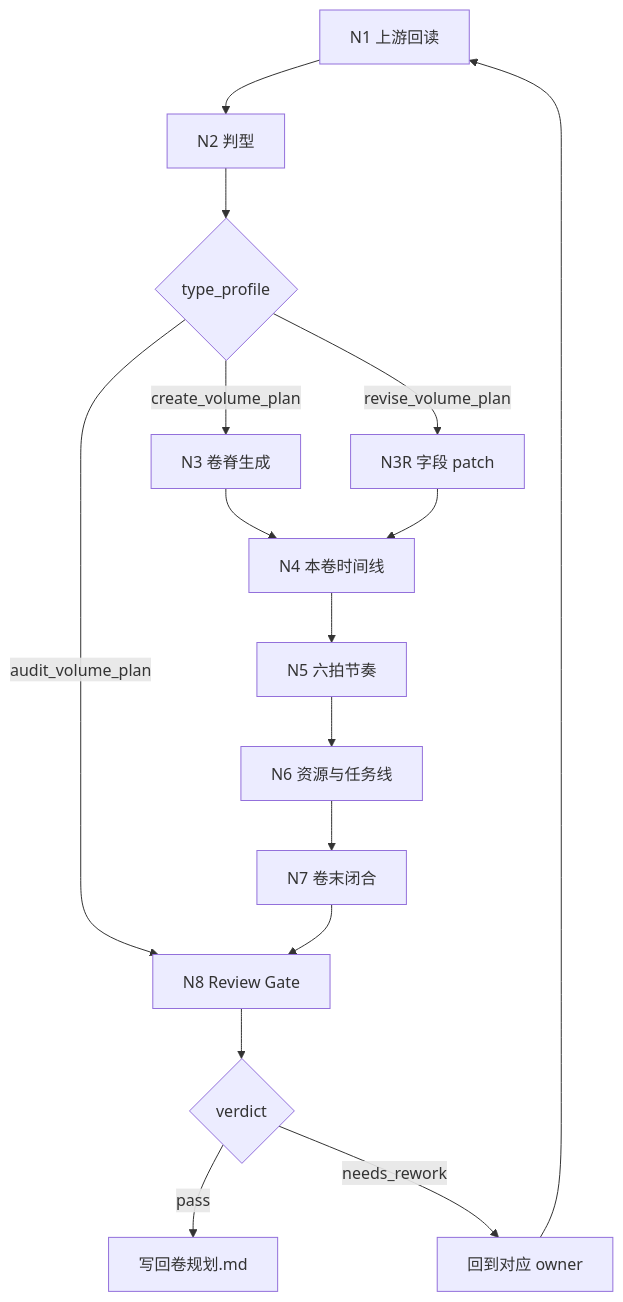
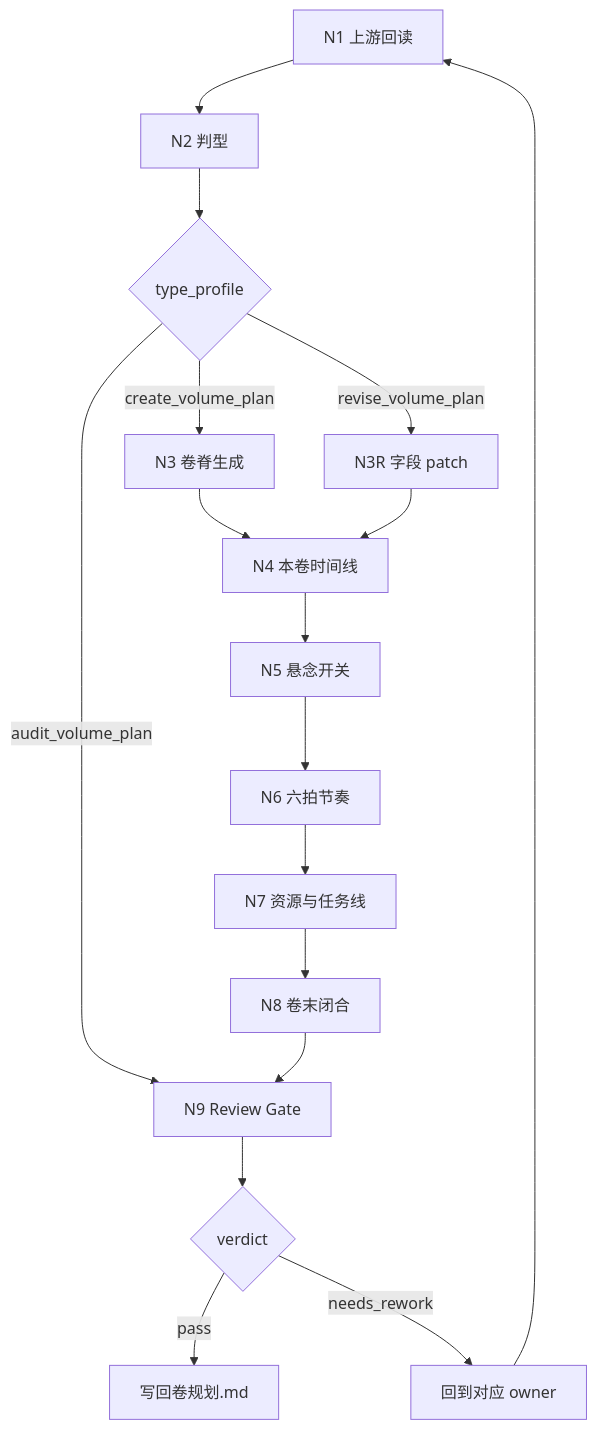
Before and after one commit to ZEN-VOID/AI-CUT: the diagram in .agents/skills/story/2-卷章/2-卷级/steps/volume-planning-workflow.md, drawn with Mermaid. The commit also changed other lines of this file and 256 other files, not shown here.

````diff
--- a/.agents/skills/story/2-卷章/2-卷级/steps/volume-planning-workflow.md
+++ b/.agents/skills/story/2-卷章/2-卷级/steps/volume-planning-workflow.md
@@ -7,18 +7,19 @@
 ```mermaid
 flowchart TD
     A["N1 上游回读"] --> B["N2 判型"]
     B --> C{"type_profile"}
     C -->|"create_volume_plan"| D["N3 卷脊生成"]
     C -->|"revise_volume_plan"| E["N3R 字段 patch"]
-    C -->|"audit_volume_plan"| F["N8 Review Gate"]
+    C -->|"audit_volume_plan"| F["N9 Review Gate"]
     D --> G["N4 本卷时间线"]
     E --> G
-    G --> H["N5 六拍节奏"]
-    H --> I["N6 资源与任务线"]
-    I --> J["N7 卷末闭合"]
+    G --> S["N5 悬念开关"]
+    S --> H["N6 六拍节奏"]
+    H --> I["N7 资源与任务线"]
+    I --> J["N8 卷末闭合"]
     J --> F
     F --> K{"verdict"}
     K -->|"pass"| L["写回卷规划.md"]
     K -->|"needs_rework"| M["回到对应 owner"]
     M --> A
 ```
````
